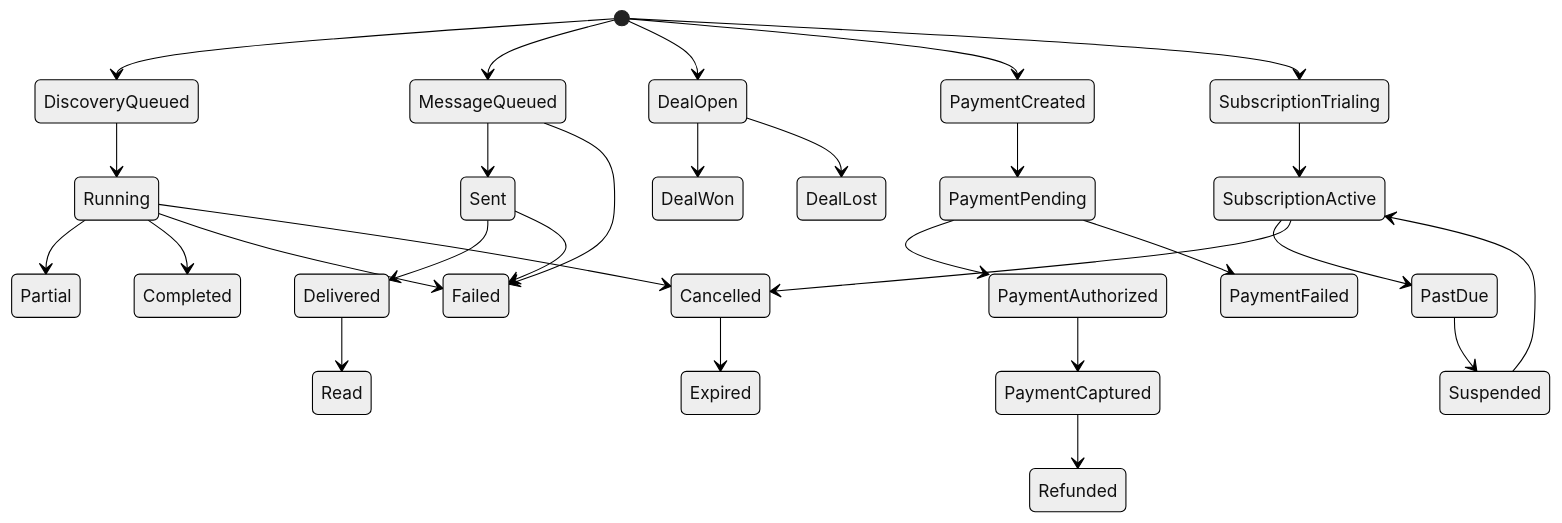
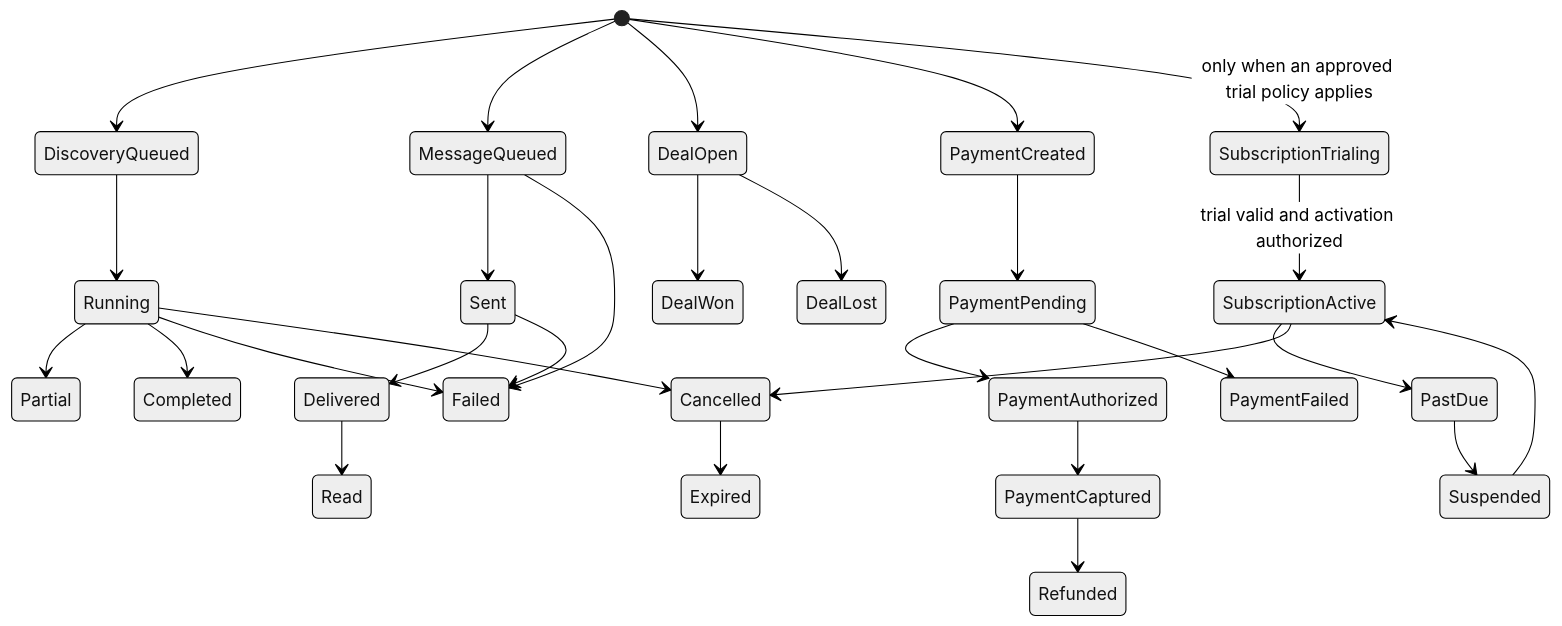
The diagram in BACKEND_STATE_MACHINES.md (mohammed0115/wazlink), drawn with Mermaid (neutral theme) before and after one commit. The commit also changed other lines of this file and 12 other files, not shown here.

````diff
--- a/BACKEND_STATE_MACHINES.md
+++ b/BACKEND_STATE_MACHINES.md
@@ -10,35 +10,35 @@
 ```mermaid
 stateDiagram-v2
   [*] --> DiscoveryQueued
   DiscoveryQueued --> Running
   Running --> Partial
   Running --> Completed
   Running --> Failed
   Running --> Cancelled
 
   [*] --> MessageQueued
   MessageQueued --> Sent
   Sent --> Delivered
   Delivered --> Read
   MessageQueued --> Failed
   Sent --> Failed
 
   [*] --> DealOpen
   DealOpen --> DealWon
   DealOpen --> DealLost
 
   [*] --> PaymentCreated
   PaymentCreated --> PaymentPending
   PaymentPending --> PaymentAuthorized
   PaymentAuthorized --> PaymentCaptured
   PaymentPending --> PaymentFailed
   PaymentCaptured --> Refunded
 
-  [*] --> SubscriptionTrialing
-  SubscriptionTrialing --> SubscriptionActive
+  [*] --> SubscriptionTrialing : only when an approved trial policy applies
+  SubscriptionTrialing --> SubscriptionActive : trial valid and activation authorized
   SubscriptionActive --> PastDue
   PastDue --> Suspended
   Suspended --> SubscriptionActive
   SubscriptionActive --> Cancelled
   Cancelled --> Expired
 ```
````
